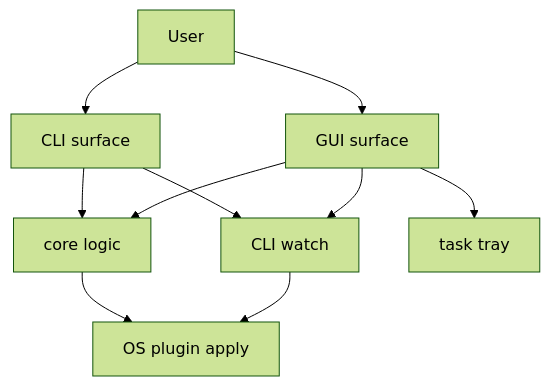
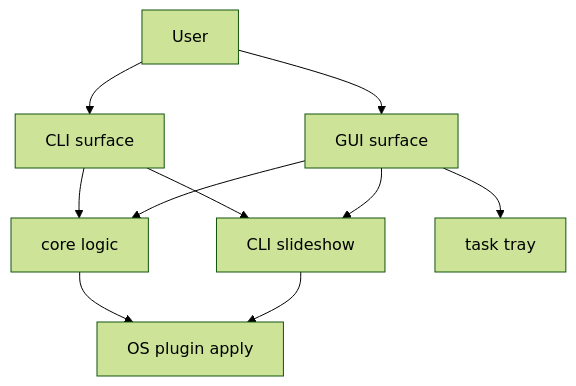
The diagram in docs/specs/harite-foundation-spec.md (oggy8021/Harite), drawn with Mermaid (forest theme) before and after one commit. The commit also changed other lines of this file and 37 other files, not shown here.

````diff
--- a/docs/specs/harite-foundation-spec.md
+++ b/docs/specs/harite-foundation-spec.md
@@ -72,12 +72,12 @@
 ```mermaid
 flowchart TD
     User[User] --> GUI[GUI surface]
     User --> CLI[CLI surface]
     GUI --> Core[core logic]
     CLI --> Core
-    GUI --> Watch[GUI watch]
-    CLI --> Watch[CLI watch]
+    GUI --> Slideshow[GUI slideshow]
+    CLI --> Slideshow[CLI slideshow]
     GUI --> Tray[task tray]
-    Watch --> Plugin[OS plugin apply]
+    Slideshow --> Plugin[OS plugin apply]
     Core --> Plugin
 ```
````
